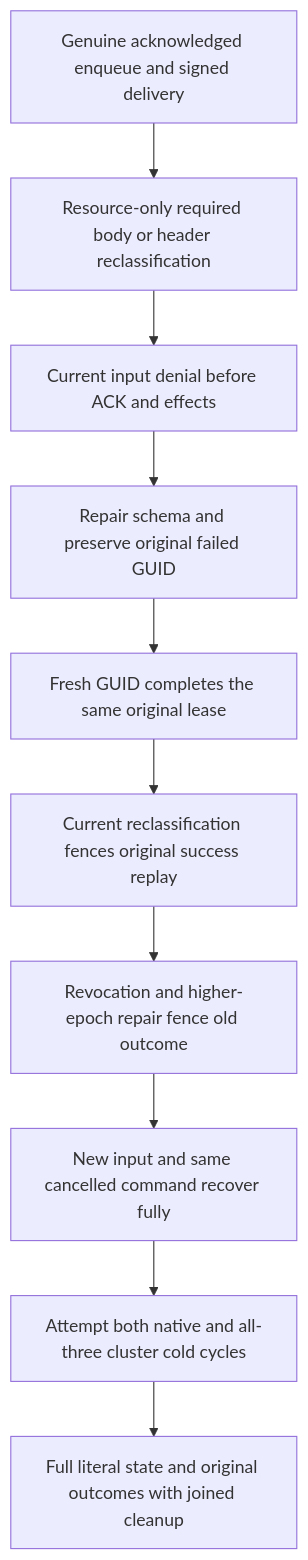
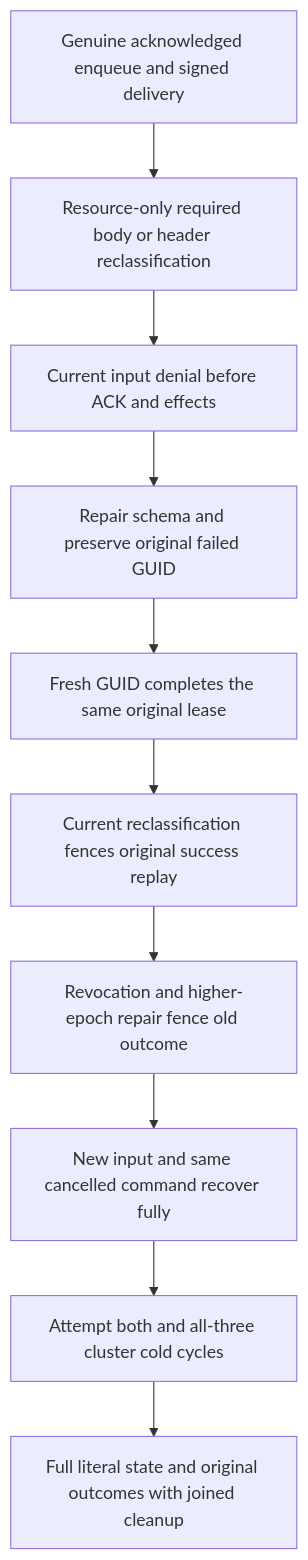
Before and after one commit to managedcode/KeyLoad: the diagram in docs/Features/Authorization/RequiredProcessingInput.md, drawn with Mermaid. The commit also changed other lines of this file and 9016 other files, not shown here.

````diff
--- a/docs/Features/Authorization/RequiredProcessingInput.md
+++ b/docs/Features/Authorization/RequiredProcessingInput.md
@@ -17,12 +17,12 @@
 ```mermaid
 flowchart TD
     Lease[Genuine acknowledged enqueue and signed delivery] --> Classify[Resource-only required body or header reclassification]
     Classify --> Refuse[Current input denial before ACK and effects]
     Refuse --> Repair[Repair schema and preserve original failed GUID]
     Repair --> Process[Fresh GUID completes the same original lease]
     Process --> Fence[Current reclassification fences original success replay]
     Fence --> Principal[Revocation and higher-epoch repair fence old outcome]
     Principal --> Healthy[New input and same cancelled command recover fully]
-    Healthy --> Cold[Attempt both native and all-three cluster cold cycles]
+    Healthy --> Cold[Attempt both and all-three cluster cold cycles]
     Cold --> Join[Full literal state and original outcomes with joined cleanup]
 ```
````
